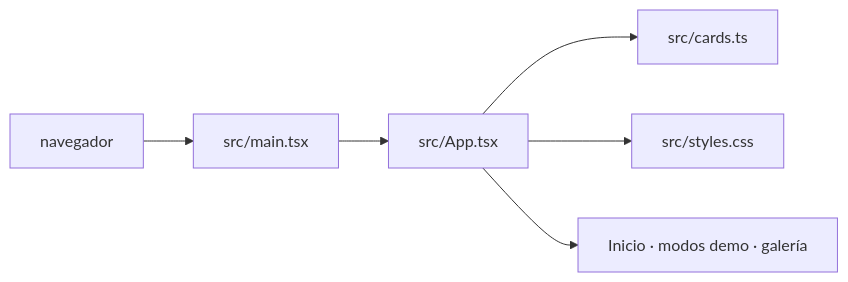
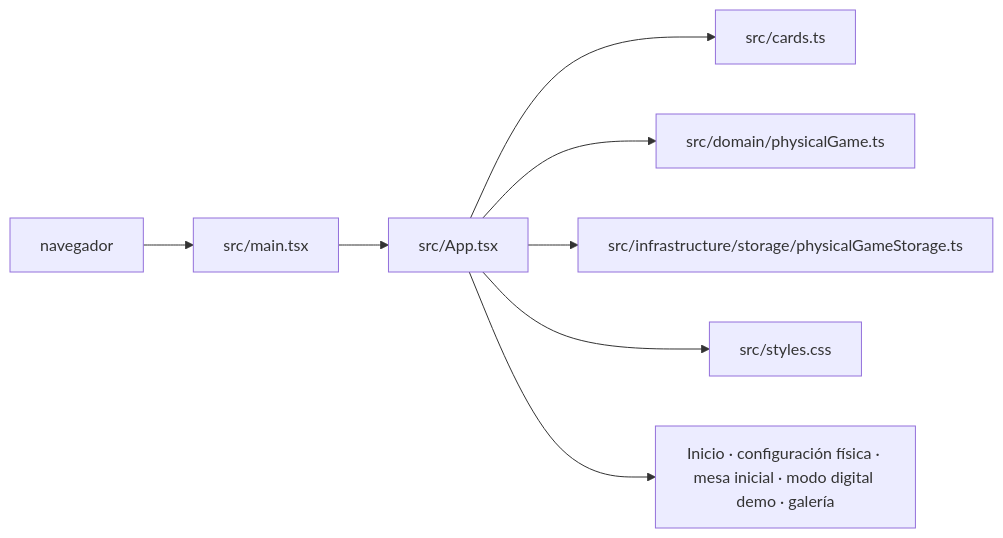
Before and after one commit to Ivangb-626/card-games: the first of 2 diagrams in docs/ARCHITECTURE.md, drawn with Mermaid. The commit also changed other lines of this file and 7 other files, not shown here.

Commit message:
feat: add physical Chinchon setup flow

````diff
--- a/docs/ARCHITECTURE.md
+++ b/docs/ARCHITECTURE.md
@@ -7,8 +7,10 @@
 ```mermaid
 flowchart LR
   Browser[ navegador ] --> Entry[src/main.tsx]
   Entry --> App[src/App.tsx]
   App --> Demo[src/cards.ts]
+  App --> Physical[src/domain/physicalGame.ts]
+  App --> Storage[src/infrastructure/storage/physicalGameStorage.ts]
   App --> CSS[src/styles.css]
-  App --> Views[Inicio · modos demo · galería]
+  App --> Views[Inicio · configuración física · mesa inicial · modo digital demo · galería]
 ```
````
